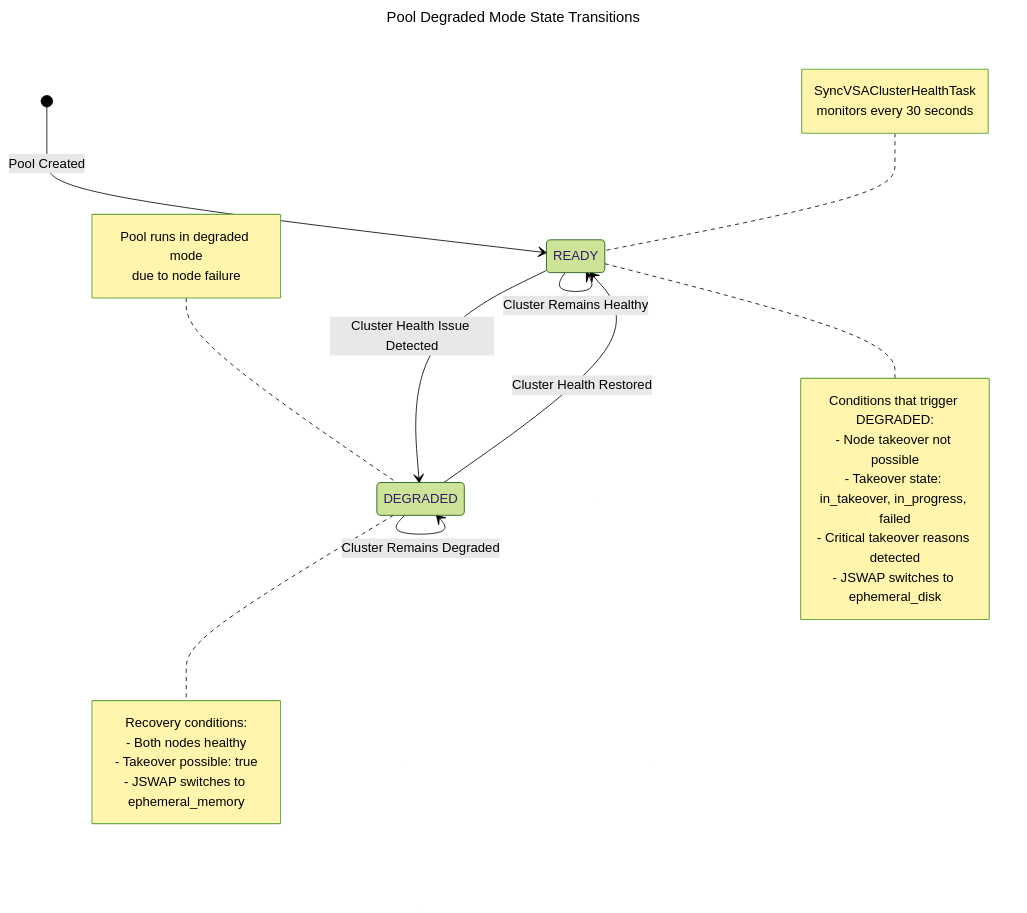
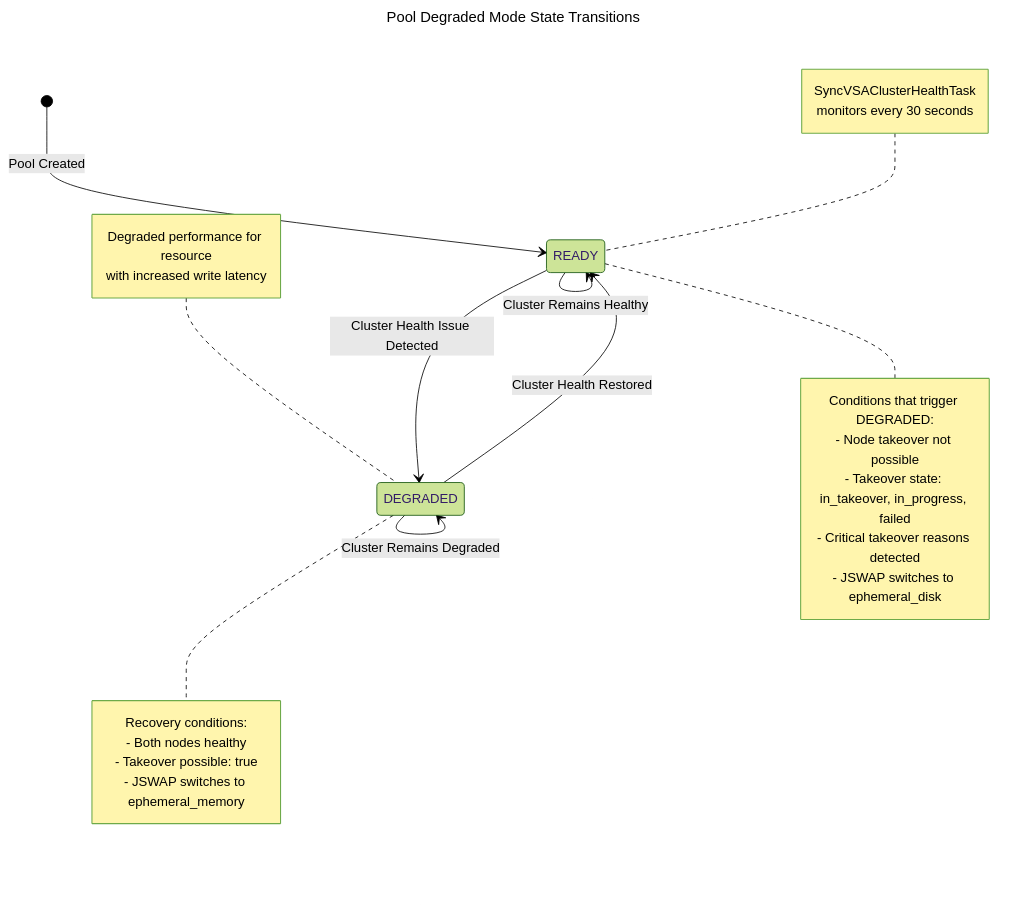
One commit to CSC-Security-sandbox/vcp-fresh-breakability changed the sixth of 6 diagrams in doc/architecture/auto-gen-designs-docs/pool-design.md. Above: the diagram before and after it, drawn with Mermaid (forest theme). The commit also changed 1 other file, not shown here.

Commit message:
VSCP-4118: Update DEGRADED mode state details (#2604)

````diff
--- a/doc/architecture/auto-gen-designs-docs/pool-design.md
+++ b/doc/architecture/auto-gen-designs-docs/pool-design.md
@@ -284,36 +284,36 @@
 ```mermaid
 ---
 title: Pool Degraded Mode State Transitions
 ---
 stateDiagram-v2
     [*] --> READY: Pool Created
     READY --> DEGRADED: Cluster Health Issue Detected
     note right of READY
         Conditions that trigger DEGRADED:
         - Node takeover not possible
         - Takeover state: in_takeover, in_progress, failed
         - Critical takeover reasons detected
         - JSWAP switches to ephemeral_disk
     end note
     
     DEGRADED --> READY: Cluster Health Restored
     note right of DEGRADED
         Recovery conditions:
         - Both nodes healthy
         - Takeover possible: true
         - JSWAP switches to ephemeral_memory
     end note
     
     READY --> READY: Cluster Remains Healthy
     DEGRADED --> DEGRADED: Cluster Remains Degraded
     
     note left of READY
         SyncVSAClusterHealthTask
         monitors every 30 seconds
     end note
     
     note left of DEGRADED
-        Pool runs in degraded mode
-        due to node failure
+        Degraded performance for resource
+        with increased write latency
     end note
 ```
````
